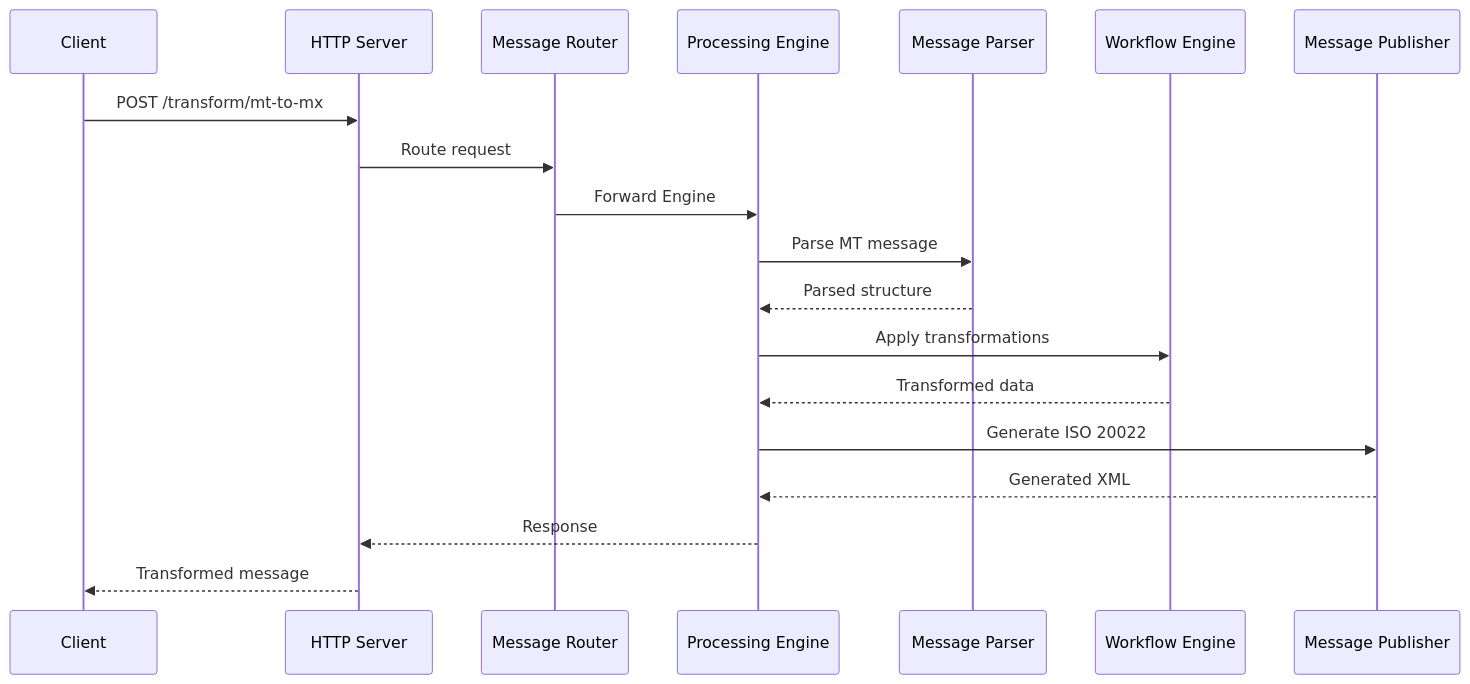
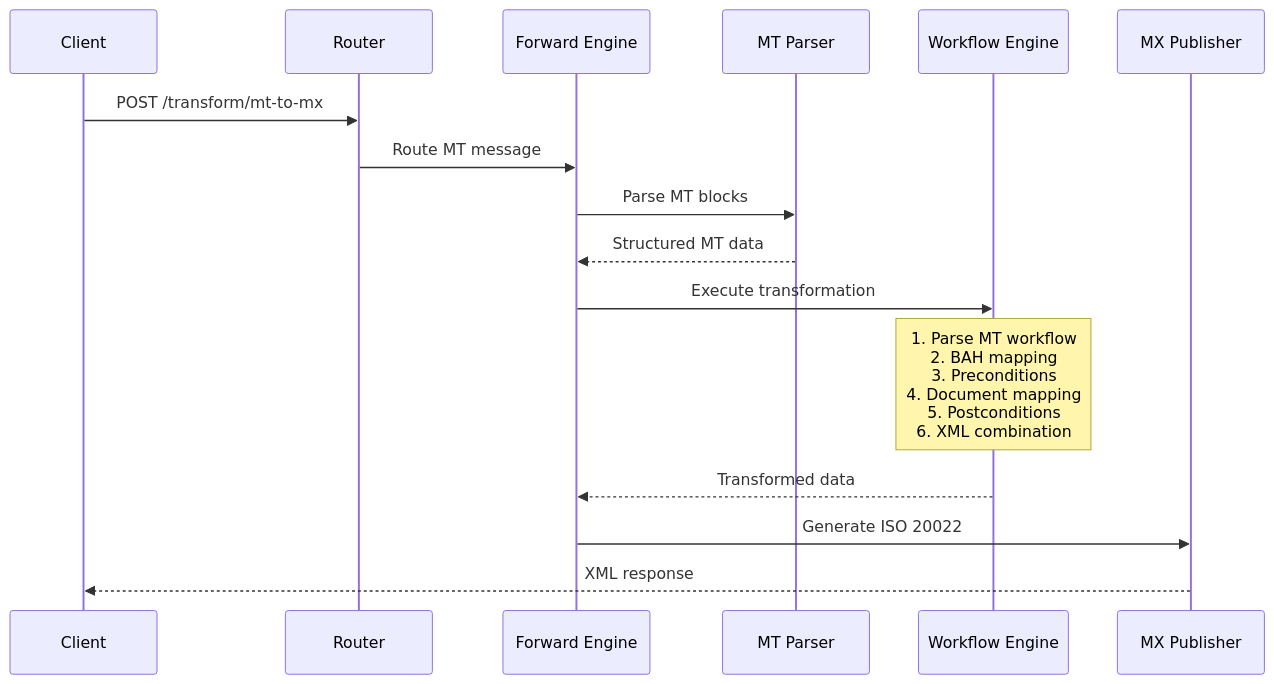
The second of 3 diagrams in docs/architecture.md (GoPlasmatic/Reframe), drawn with Mermaid before and after one commit. The commit also changed other lines of this file and 4 other files, not shown here.

First line of the commit message:
docs: update documentation for SR2025 compliance and architecture

````diff
--- a/docs/architecture.md
+++ b/docs/architecture.md
@@ -104,22 +277,19 @@
 ```mermaid
 sequenceDiagram
     participant Client
-    participant HTTP as HTTP Server
-    participant Router as Message Router
-    participant Engine as Processing Engine
-    participant Parser as Message Parser
-    participant Workflow as Workflow Engine
-    participant Publisher as Message Publisher
+    participant Router
+    participant Forward Engine
+    participant MT Parser
+    participant Workflow Engine
+    participant MX Publisher
     
-    Client->>HTTP: POST /transform/mt-to-mx
-    HTTP->>Router: Route request
-    Router->>Engine: Forward Engine
-    Engine->>Parser: Parse MT message
-    Parser-->>Engine: Parsed structure
-    Engine->>Workflow: Apply transformations
-    Workflow-->>Engine: Transformed data
-    Engine->>Publisher: Generate ISO 20022
-    Publisher-->>Engine: Generated XML
-    Engine-->>HTTP: Response
-    HTTP-->>Client: Transformed message
+    Client->>Router: POST /transform/mt-to-mx
+    Router->>Forward Engine: Route MT message
+    Forward Engine->>MT Parser: Parse MT blocks
+    MT Parser-->>Forward Engine: Structured MT data
+    Forward Engine->>Workflow Engine: Execute transformation
+    Note over Workflow Engine: 1. Parse MT workflow<br/>2. BAH mapping<br/>3. Preconditions<br/>4. Document mapping<br/>5. Postconditions<br/>6. XML combination
+    Workflow Engine-->>Forward Engine: Transformed data
+    Forward Engine->>MX Publisher: Generate ISO 20022
+    MX Publisher-->>Client: XML response
 ```
````
